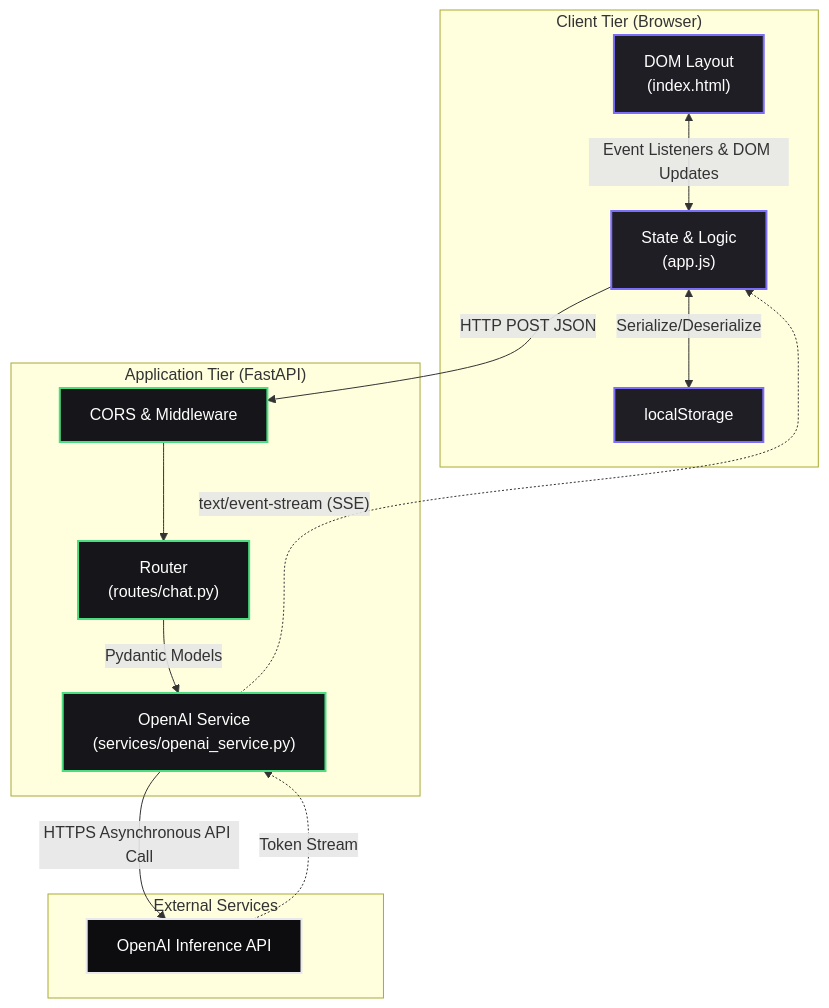
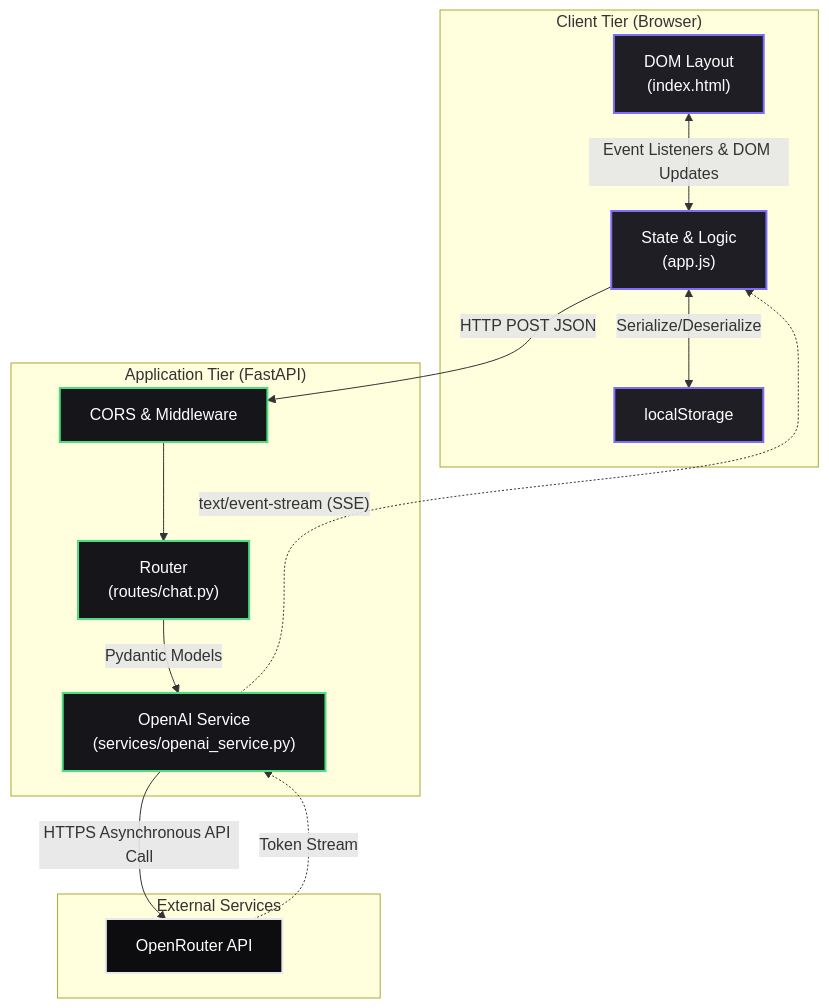
One commit to ShahabAhmed01/zynex-ai changed the first of 3 diagrams in README.md. Above: the diagram before and after it, drawn with Mermaid. The commit also changed other lines of this file and 12 other files, not shown here.

First line of the commit message:
refactor: rebrand project to Zynex and migrate to OpenRouter

````diff
--- a/README.md
+++ b/README.md
@@ -58,42 +58,42 @@
 ```mermaid
 flowchart TB
     %% Client Tier
     subgraph ClientLayer ["Client Tier (Browser)"]
         UI["DOM Layout<br>(index.html)"]
         JS["State & Logic<br>(app.js)"]
         Storage[localStorage]
         
         UI <-->|Event Listeners & DOM Updates| JS
         JS <-->|Serialize/Deserialize| Storage
     end
 
     %% Application Tier
     subgraph AppLayer ["Application Tier (FastAPI)"]
         Router["Router<br>(routes/chat.py)"]
         Service["OpenAI Service<br>(services/openai_service.py)"]
         Middleware[CORS & Middleware]
         
         Middleware --> Router
         Router -->|Pydantic Models| Service
     end
 
     %% External Tier
     subgraph ExtLayer ["External Services"]
-        LLM[OpenAI Inference API]
+        LLM[OpenRouter API]
     end
 
     %% Connections
     JS -->|"HTTP POST JSON"| Middleware
     Service -->|"HTTPS Asynchronous API Call"| LLM
     LLM -.->|"Token Stream"| Service
     Service -.->|"text/event-stream (SSE)"| JS
     
     %% Styling
     classDef client fill:#1e1e24,stroke:#7c6dfa,stroke-width:2px,color:#fff
     classDef server fill:#16161a,stroke:#4ade80,stroke-width:2px,color:#fff
     classDef ext fill:#0d0d10,stroke:#e8e8ed,stroke-width:2px,color:#fff
     
     class UI,JS,Storage client
     class Router,Service,Middleware server
     class LLM ext
 ```
````
